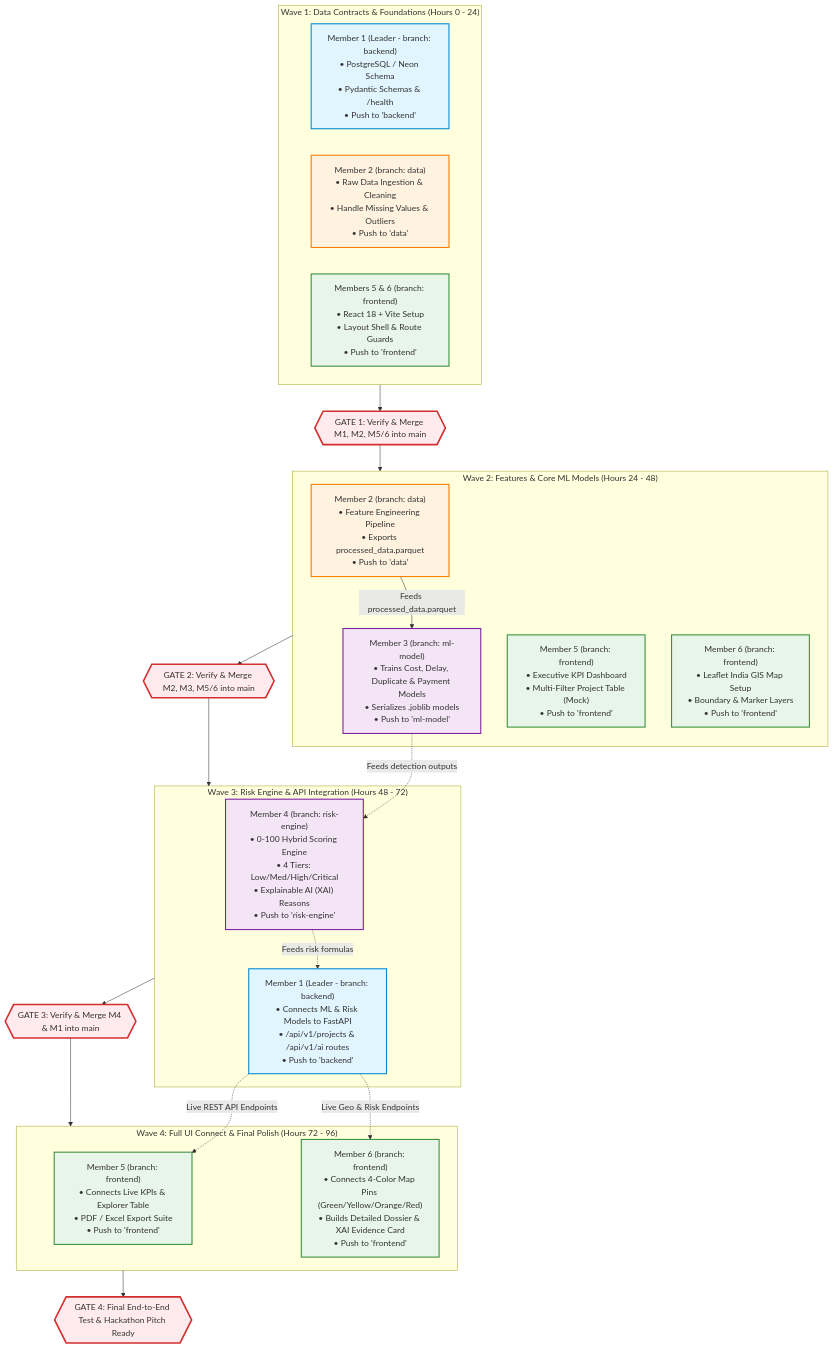
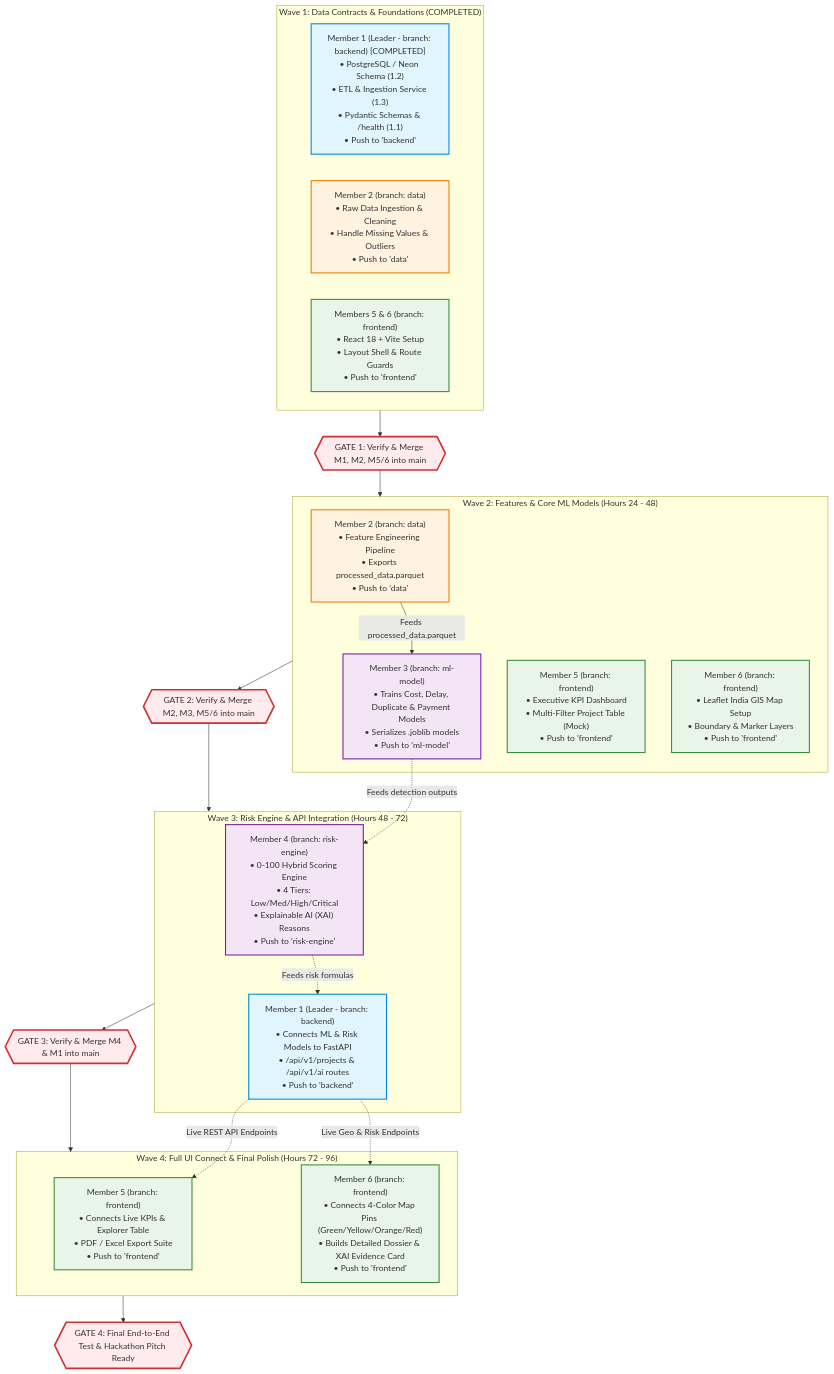
One commit to ManasPatel0/MPLAD-AI changed the diagram in docs/TEAM_EXECUTION_TIMELINE.md. Above: the diagram before and after it, drawn with Mermaid. The commit also changed 11 other files, not shown here.

Commit message:
feat(ingestion): complete Subtask 1.3 automated data ingestion, ETL pipeline & seed script

````diff
--- a/docs/TEAM_EXECUTION_TIMELINE.md
+++ b/docs/TEAM_EXECUTION_TIMELINE.md
@@ -11,48 +11,48 @@
 ```mermaid
 flowchart TD
     classDef lead fill:#e1f5fe,stroke:#0288d1,stroke-width:2px;
     classDef data fill:#fff3e0,stroke:#f57c00,stroke-width:2px;
     classDef ml fill:#f3e5f5,stroke:#7b1fa2,stroke-width:2px;
     classDef ui fill:#e8f5e9,stroke:#388e3c,stroke-width:2px;
     classDef gate fill:#ffebee,stroke:#d32f2f,stroke-width:3px;
 
-    subgraph W1["Wave 1: Data Contracts & Foundations (Hours 0 - 24)"]
-        M1_1["Member 1 (Leader - branch: backend)\n• PostgreSQL / Neon Schema\n• Pydantic Schemas & /health\n• Push to 'backend'"]:::lead
+    subgraph W1["Wave 1: Data Contracts & Foundations (COMPLETED)"]
+        M1_1["Member 1 (Leader - branch: backend) [COMPLETED]\n• PostgreSQL / Neon Schema (1.2)\n• ETL & Ingestion Service (1.3)\n• Pydantic Schemas & /health (1.1)\n• Push to 'backend'"]:::lead
         M2_1["Member 2 (branch: data)\n• Raw Data Ingestion & Cleaning\n• Handle Missing Values & Outliers\n• Push to 'data'"]:::data
         M56_1["Members 5 & 6 (branch: frontend)\n• React 18 + Vite Setup\n• Layout Shell & Route Guards\n• Push to 'frontend'"]:::ui
     end
 
     G1{{"GATE 1: Verify & Merge M1, M2, M5/6 into main"}}:::gate
     W1 --> G1
 
     subgraph W2["Wave 2: Features & Core ML Models (Hours 24 - 48)"]
         M2_2["Member 2 (branch: data)\n• Feature Engineering Pipeline\n• Exports processed_data.parquet\n• Push to 'data'"]:::data
         M3_1["Member 3 (branch: ml-model)\n• Trains Cost, Delay, Duplicate & Payment Models\n• Serializes .joblib models\n• Push to 'ml-model'"]:::ml
         M5_1["Member 5 (branch: frontend)\n• Executive KPI Dashboard\n• Multi-Filter Project Table (Mock)\n• Push to 'frontend'"]:::ui
         M6_1["Member 6 (branch: frontend)\n• Leaflet India GIS Map Setup\n• Boundary & Marker Layers\n• Push to 'frontend'"]:::ui
     end
 
     G1 --> W2
     M2_2 -->|"Feeds processed_data.parquet"| M3_1
     W2 --> G2{{"GATE 2: Verify & Merge M2, M3, M5/6 into main"}}:::gate
 
     subgraph W3["Wave 3: Risk Engine & API Integration (Hours 48 - 72)"]
         M4_1["Member 4 (branch: risk-engine)\n• 0-100 Hybrid Scoring Engine\n• 4 Tiers: Low/Med/High/Critical\n• Explainable AI (XAI) Reasons\n• Push to 'risk-engine'"]:::ml
         M1_2["Member 1 (Leader - branch: backend)\n• Connects ML & Risk Models to FastAPI\n• /api/v1/projects & /api/v1/ai routes\n• Push to 'backend'"]:::lead
     end
 
     G2 --> W3
     M3_1 -.->|"Feeds detection outputs"| M4_1
     M4_1 -.->|"Feeds risk formulas"| M1_2
     W3 --> G3{{"GATE 3: Verify & Merge M4 & M1 into main"}}:::gate
 
     subgraph W4["Wave 4: Full UI Connect & Final Polish (Hours 72 - 96)"]
         M5_2["Member 5 (branch: frontend)\n• Connects Live KPIs & Explorer Table\n• PDF / Excel Export Suite\n• Push to 'frontend'"]:::ui
         M6_2["Member 6 (branch: frontend)\n• Connects 4-Color Map Pins (Green/Yellow/Orange/Red)\n• Builds Detailed Dossier & XAI Evidence Card\n• Push to 'frontend'"]:::ui
     end
 
     G3 --> W4
     M1_2 -.->|"Live REST API Endpoints"| M5_2
     M1_2 -.->|"Live Geo & Risk Endpoints"| M6_2
     W4 --> G4{{"GATE 4: Final End-to-End Test & Hackathon Pitch Ready"}}:::gate
 ```
````
